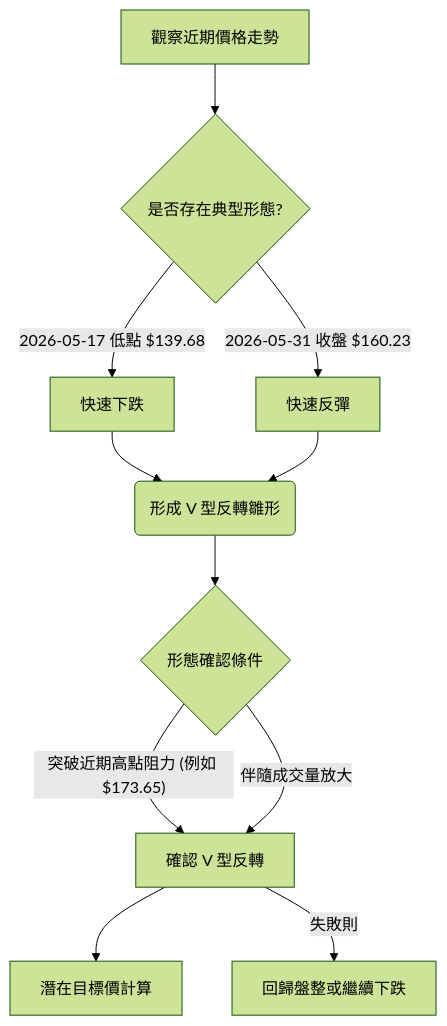
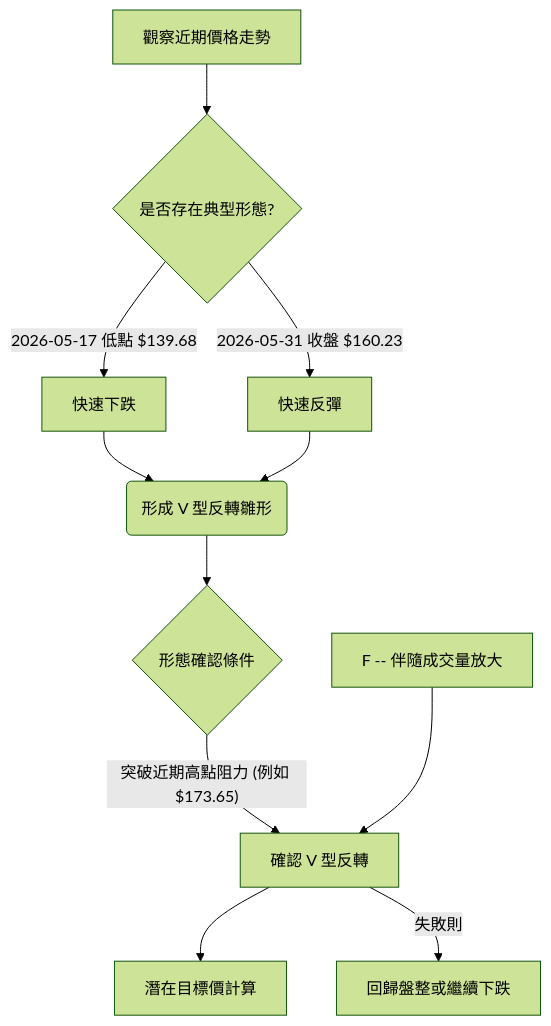
The fourth of 4 diagrams in ai_gen_report/stock/vst/technical_analysis_2026-05-30_gemini.md (yennanliu/finance_data), drawn with Mermaid (forest theme) before and after one commit. The commit also changed other lines of this file and 2258 other files, not shown here.

First line of the commit message:
chore: backfill Mermaid syntax repair across existing reports

````diff
--- a/ai_gen_report/stock/vst/technical_analysis_2026-05-30_gemini.md
+++ b/ai_gen_report/stock/vst/technical_analysis_2026-05-30_gemini.md
@@ -274,12 +274,12 @@
 ```mermaid
 graph TD
-    A[觀察近期價格走勢] --> B{是否存在典型形態?}
-    B -- 2026-05-17 低點 $139.68 --> C[快速下跌]
-    B -- 2026-05-31 收盤 $160.23 --> D[快速反彈]
-    C & D --> E(形成 V 型反轉雛形)
-    E --> F{形態確認條件}
-    F -- 突破近期高點阻力 (例如 $173.65) --> G[確認 V 型反轉]
-    F -- 伴隨成交量放大 --> G
-    G --> H[潛在目標價計算]
-    G -- 失敗則 --> I[回歸盤整或繼續下跌]
+    A["觀察近期價格走勢"] --> B{"是否存在典型形態?"}
+    B -- 2026-05-17 低點 $139.68 --> C["快速下跌"]
+    B -- 2026-05-31 收盤 $160.23 --> D["快速反彈"]
+    C & D --> E("形成 V 型反轉雛形")
+    E --> F{"形態確認條件"}
+    F -- 突破近期高點阻力 (例如 $173.65) --> G["確認 V 型反轉"]
+    nb1["F -- 伴隨成交量放大"] --> G
+    G --> H["潛在目標價計算"]
+    G -- 失敗則 --> I["回歸盤整或繼續下跌"]
 ```
````
